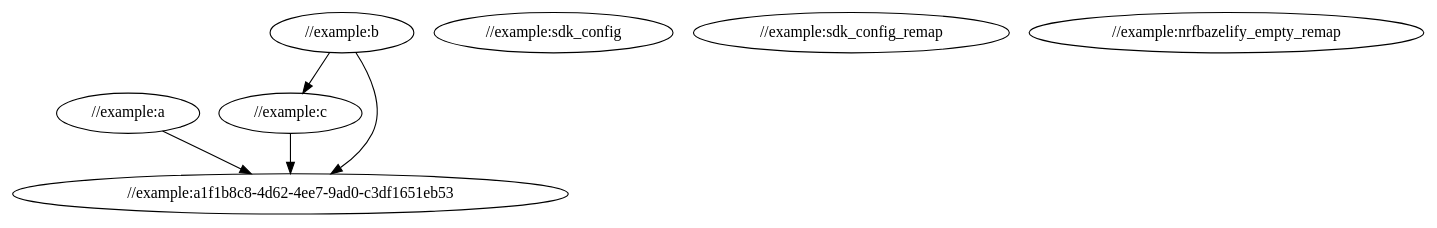
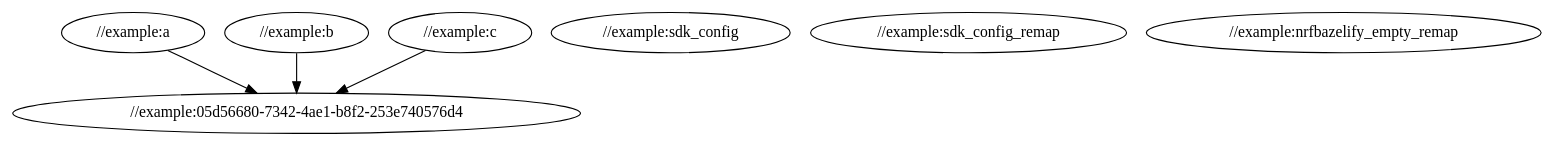
The diagram in example/depgraph.dot (Michaelhobo/nrfbazel), drawn with Graphviz before and after one commit. The commit also changed 3 other files, not shown here.

```diff
--- a/example/depgraph.dot
+++ b/example/depgraph.dot
@@ -1,16 +1,15 @@
 strict digraph Dependencies {
 // Node definitions.
 "//example:a";
 "//example:b";
 "//example:c";
 "//example:sdk_config";
 "//example:sdk_config_remap";
 "//example:nrfbazelify_empty_remap";
-"//example:a1f1b8c8-4d62-4ee7-9ad0-c3df1651eb53";
+"//example:05d56680-7342-4ae1-b8f2-253e740576d4";
 
 // Edge definitions.
-"//example:a" -> "//example:a1f1b8c8-4d62-4ee7-9ad0-c3df1651eb53";
-"//example:b" -> "//example:c";
-"//example:b" -> "//example:a1f1b8c8-4d62-4ee7-9ad0-c3df1651eb53";
-"//example:c" -> "//example:a1f1b8c8-4d62-4ee7-9ad0-c3df1651eb53";
+"//example:a" -> "//example:05d56680-7342-4ae1-b8f2-253e740576d4";
+"//example:b" -> "//example:05d56680-7342-4ae1-b8f2-253e740576d4";
+"//example:c" -> "//example:05d56680-7342-4ae1-b8f2-253e740576d4";
 }
```
